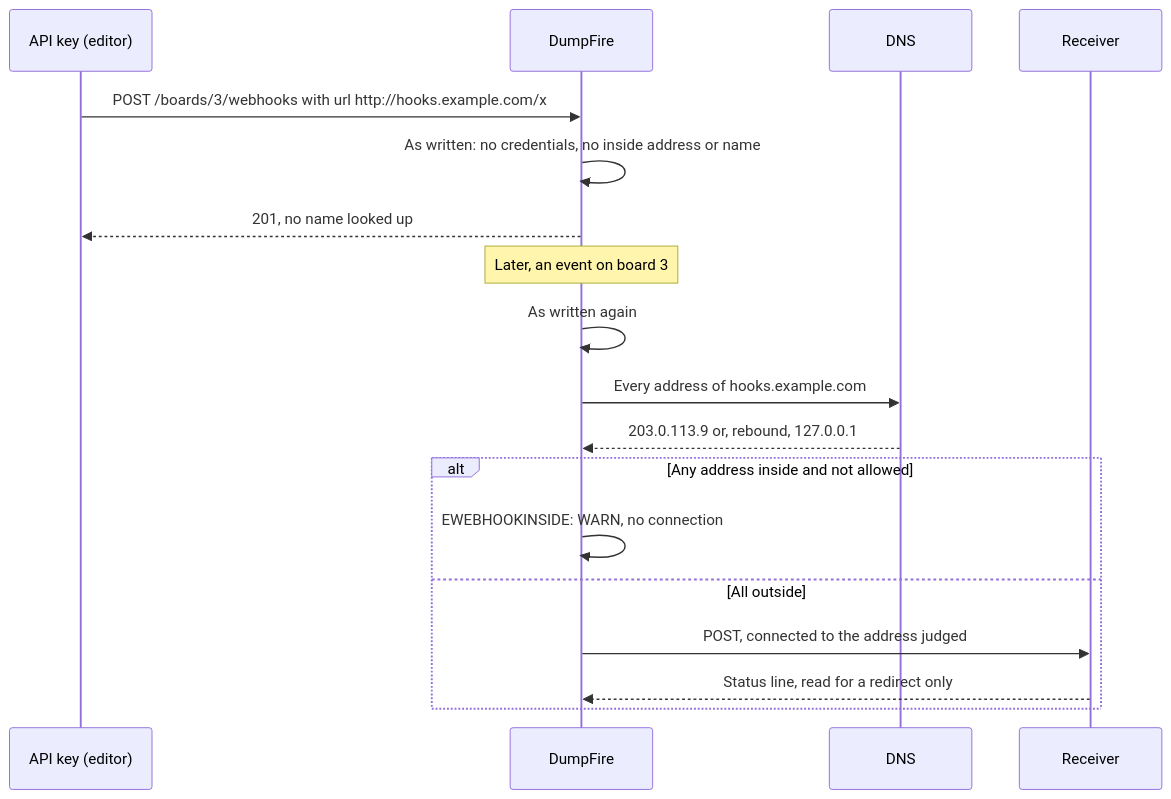
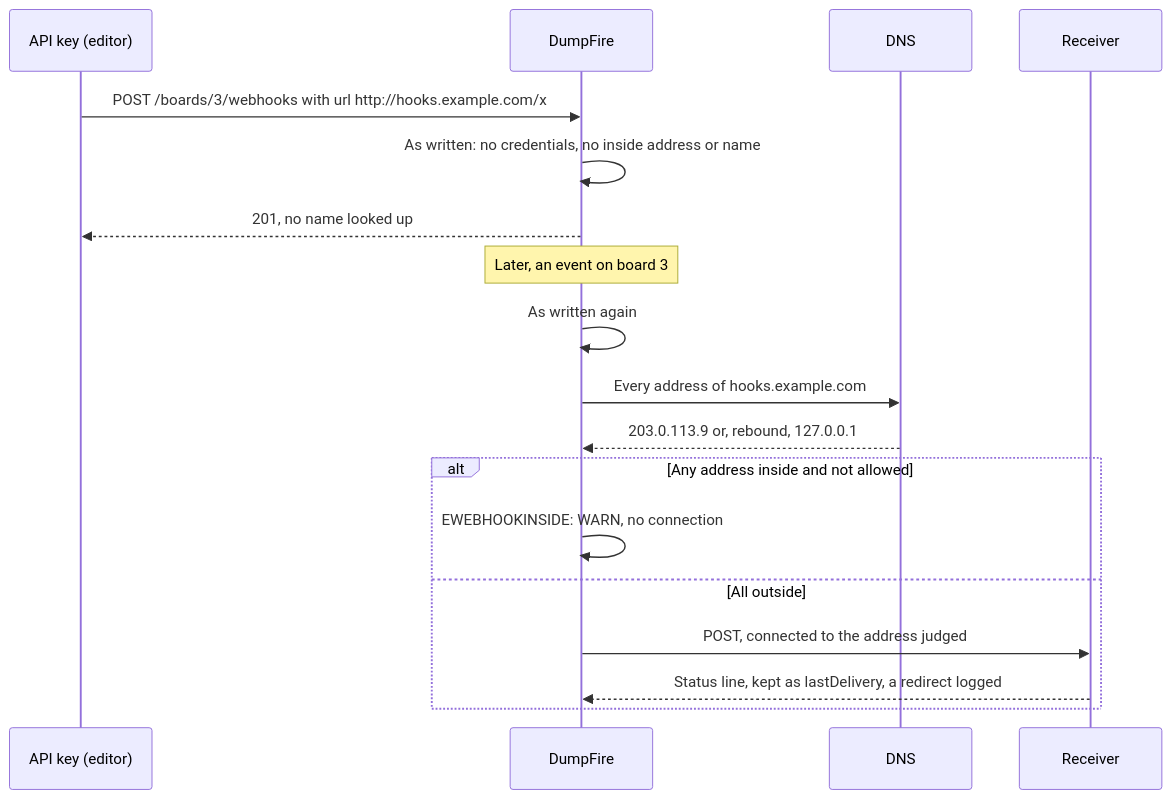
Before and after one commit to gitBoon/DumpFire: diagram 21 of 26 in docs/authentication-security.md, drawn with Mermaid. The commit also changed other lines of this file and 13 other files, not shown here.

First line of the commit message:
feat: a webhook's answer says how its last delivery went (2178)

````diff
--- a/docs/authentication-security.md
+++ b/docs/authentication-security.md
@@ -2619,20 +2619,20 @@
 ```mermaid
 sequenceDiagram
     participant K as API key (editor)
     participant S as DumpFire
     participant D as DNS
     participant R as Receiver
     K->>S: POST /boards/3/webhooks with url http://hooks.example.com/x
     S->>S: As written: no credentials, no inside address or name
     S-->>K: 201, no name looked up
     Note over S: Later, an event on board 3
     S->>S: As written again
     S->>D: Every address of hooks.example.com
     D-->>S: 203.0.113.9 or, rebound, 127.0.0.1
     alt Any address inside and not allowed
         S->>S: EWEBHOOKINSIDE: WARN, no connection
     else All outside
         S->>R: POST, connected to the address judged
-        R-->>S: Status line, read for a redirect only
+        R-->>S: Status line, kept as lastDelivery, a redirect logged
     end
 ```
````
